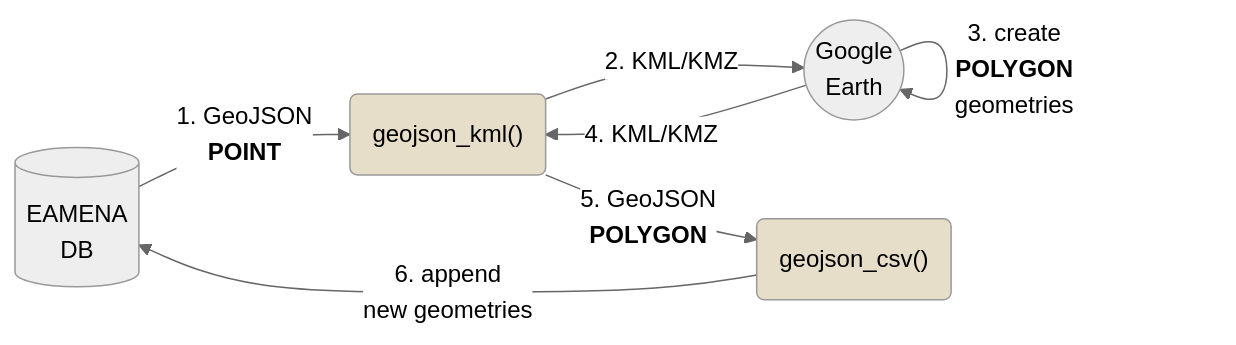
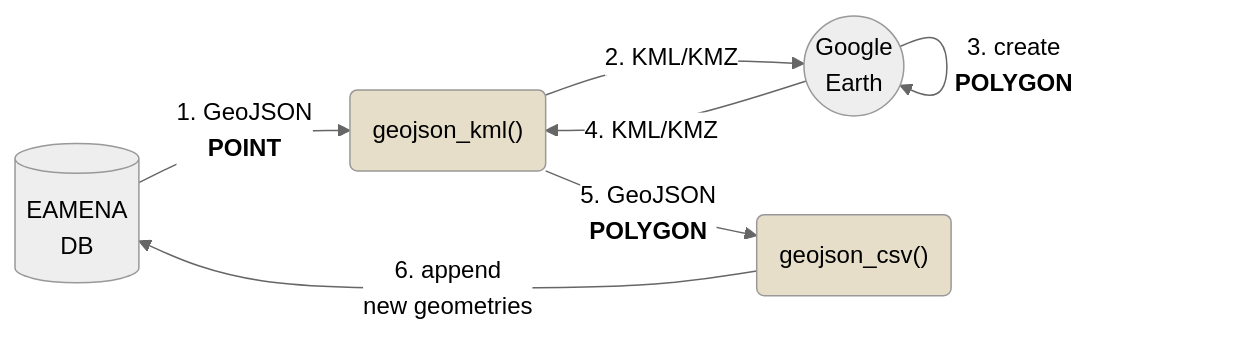
Before and after one commit to eamena-project/eamenaR: the second of 3 diagrams in README.md, drawn with Mermaid (neutral theme).

Commit message:
mermaids

````diff
--- a/README.md
+++ b/README.md
@@ -109,10 +109,10 @@
 ```mermaid
 flowchart LR
     A[(EAMENA<br>DB)] --1. GeoJSON<br><b>POINT</b>--> C("geojson_kml()"):::eamenaRfunction;
     C --2. KML/KMZ--> B((Google<br>Earth));
-    B --3. create<br><b>POLYGON</b><br>geometries--> B;
+    B --3. create<br><b>POLYGON</b>--> B;
     B --4. KML/KMZ--> C;
     C --5. GeoJSON<br><b>POLYGON</b>--> D("geojson_csv()"):::eamenaRfunction;
     D --6. append<br>new geometries--> A;
     classDef eamenaRfunction fill:#e7deca;
 ```
````
